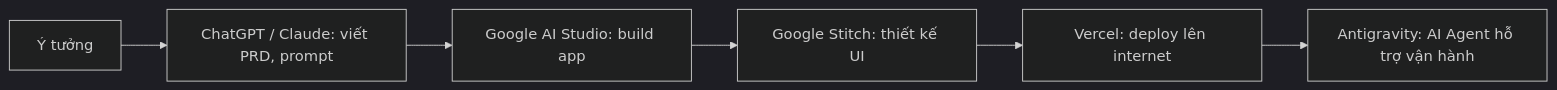
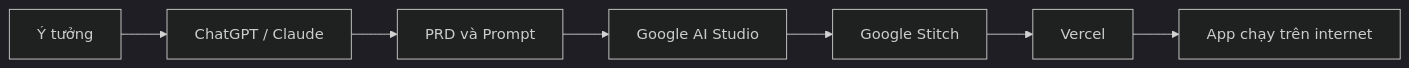
Before and after one commit to AlanKhan145/course-knowledge-base: the second of 3 diagrams in khoa-hoc-vibe-coding-co-ban/Module 02 - Tong Quan Va Khai Niem Co Ban Ve Vibe Coding/04-tong-quan-vibe-coding-la-gi.md, drawn with Mermaid (dark theme). The commit also changed other lines of this file and 19 other files, not shown here.

````diff
--- a/khoa-hoc-vibe-coding-co-ban/Module 02 - Tong Quan Va Khai Niem Co Ban Ve Vibe Coding/04-tong-quan-vibe-coding-la-gi.md
+++ b/khoa-hoc-vibe-coding-co-ban/Module 02 - Tong Quan Va Khai Niem Co Ban Ve Vibe Coding/04-tong-quan-vibe-coding-la-gi.md
@@ -49,8 +115,9 @@
 ```mermaid
 flowchart LR
-    A["Ý tưởng"] --> B["ChatGPT / Claude: viết PRD, prompt"]
-    B --> C["Google AI Studio: build app"]
-    C --> D["Google Stitch: thiết kế UI"]
-    D --> E["Vercel: deploy lên internet"]
-    E --> F["Antigravity: AI Agent hỗ trợ vận hành"]
+    A["Ý tưởng"] --> B["ChatGPT / Claude"]
+    B --> C["PRD và Prompt"]
+    C --> D["Google AI Studio"]
+    D --> E["Google Stitch"]
+    E --> F["Vercel"]
+    F --> G["App chạy trên internet"]
 ```
````
